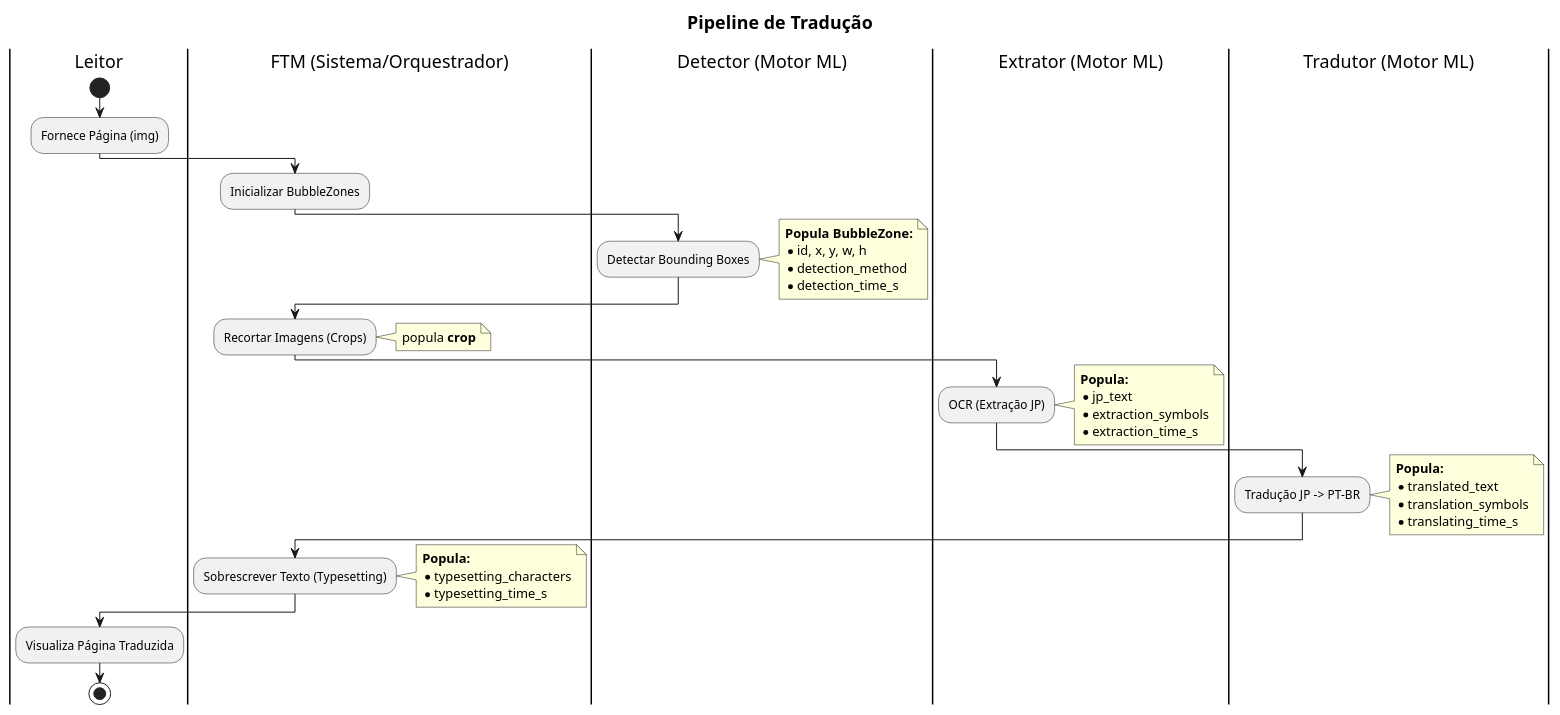
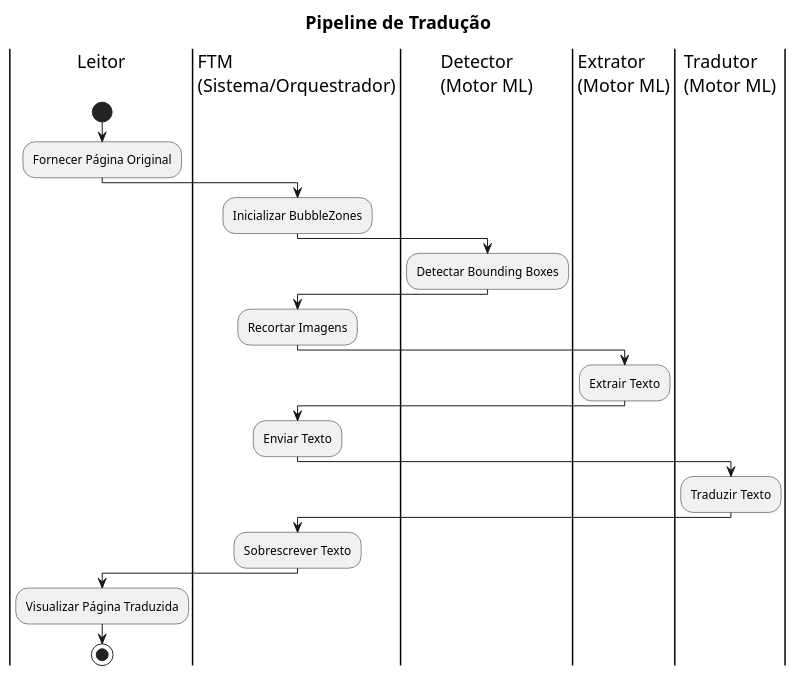
Before and after one commit to Chipskein/ftm: the diagram in docs/diagrams/activity.pu, drawn with PlantUML. The commit also changed 4 other files, not shown here.

Commit message:
ajustar diagrams

```diff
--- a/docs/diagrams/activity.pu
+++ b/docs/diagrams/activity.pu
@@ -1,57 +1,61 @@
 @startuml
 skinparam shadowing false
 skinparam DefaultFontName "Segoe UI"
 skinparam TitleFontSize 18
 
 title Pipeline de Tradução
 
 |Leitor|
 start
-:Fornece Página (img);
+:Fornecer Página Original;
 
-|FTM (Sistema/Orquestrador)|
+|FTM\n(Sistema/Orquestrador)|
 :Inicializar BubbleZones;
 
-|Detector (Motor ML)|
+|Detector\n(Motor ML)|
 :Detectar Bounding Boxes;
-note right
-  **Popula BubbleZone:**
-  * id, x, y, w, h
-  * detection_method
-  * detection_time_s
-end note
+'note right
+'  **Popula BubbleZone:**
+'  * id, x, y, w, h
+'  * detection_method
+'  * detection_time_s
+'end note
 
-|FTM (Sistema/Orquestrador)|
-:Recortar Imagens (Crops);
-note right: popula **crop**
+|FTM\n(Sistema/Orquestrador)|
+:Recortar Imagens;
+'note right: popula **crop**
 
-|Extrator (Motor ML)|
-:OCR (Extração JP);
-note right
-  **Popula:**
-  * jp_text
-  * extraction_symbols
-  * extraction_time_s
-end note
+|Extrator\n(Motor ML)|
+:Extrair Texto;
+'note right
+'  **Popula:**
+'  * jp_text
+'  * extraction_symbols
+'  * extraction_time_s
+'end note
 
-|Tradutor (Motor ML)|
-:Tradução JP -> PT-BR;
-note right
-  **Popula:**
-  * translated_text
-  * translation_symbols
-  * translating_time_s
-end note
+|FTM\n(Sistema/Orquestrador)|
+:Enviar Texto;
 
-|FTM (Sistema/Orquestrador)|
-:Sobrescrever Texto (Typesetting);
-note right
-  **Popula:**
-  * typesetting_characters
-  * typesetting_time_s
-end note
+
+|Tradutor\n(Motor ML)|
+:Traduzir Texto;
+'note right
+'  **Popula:**
+'  * translated_text
+'  * translation_symbols
+'  * translating_time_s
+'end note
+
+|FTM\n(Sistema/Orquestrador)|
+:Sobrescrever Texto;
+'note right
+'  **Popula:**
+'  * typesetting_characters
+'  * typesetting_time_s
+'end note
 
 |Leitor|
-:Visualiza Página Traduzida;
+:Visualizar Página Traduzida;
 stop
 @enduml
```
